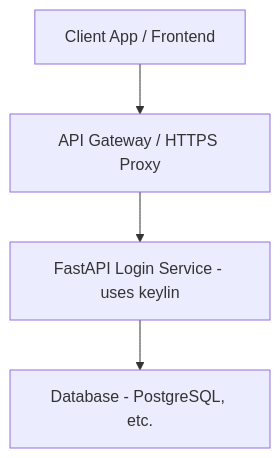
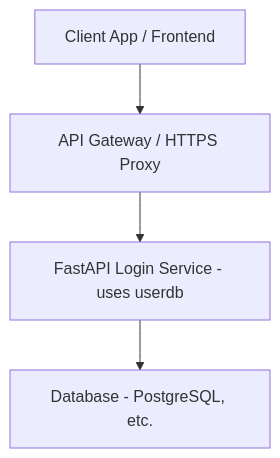
Before and after one commit to beanone/keylin: the diagram in README.md, drawn with Mermaid. The commit also changed other lines of this file and 20 other files, not shown here.

````diff
--- a/README.md
+++ b/README.md
@@ -73,10 +73,10 @@
 ```mermaid
 graph TD
     A[Client App / Frontend]
     B[API Gateway / HTTPS Proxy]
-    C[FastAPI Login Service - uses keylin]
+    C[FastAPI Login Service - uses userdb]
     D[Database - PostgreSQL, etc.]
     A --> B
     B --> C
     C --> D
 ```
````
